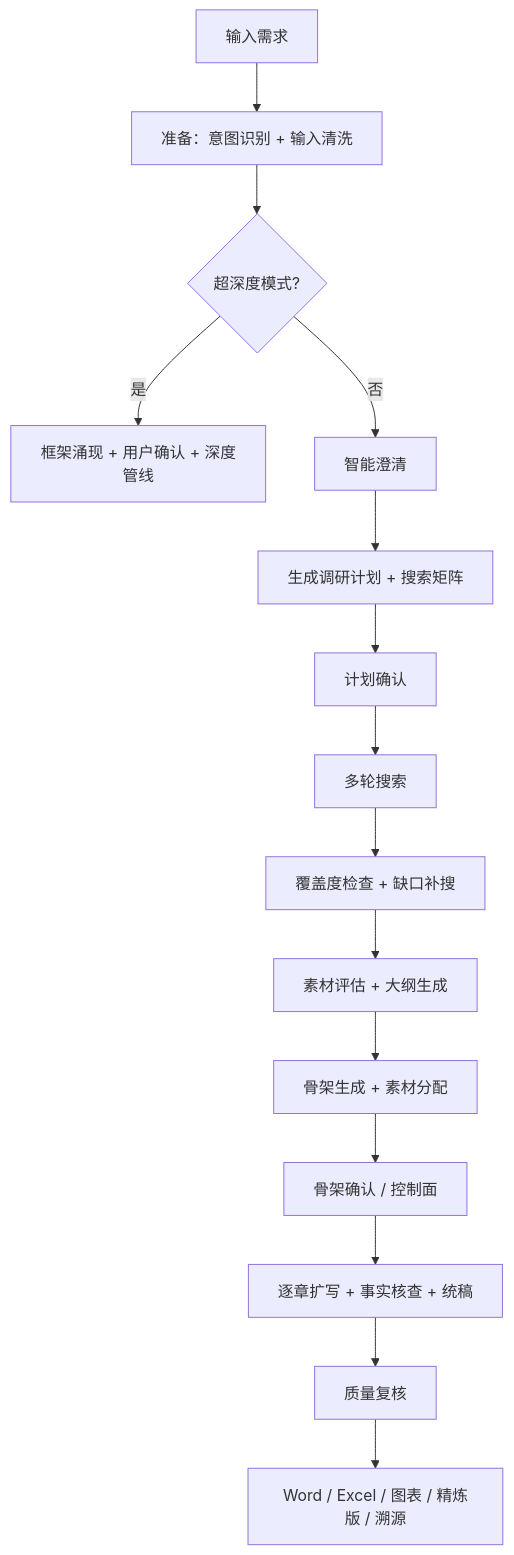
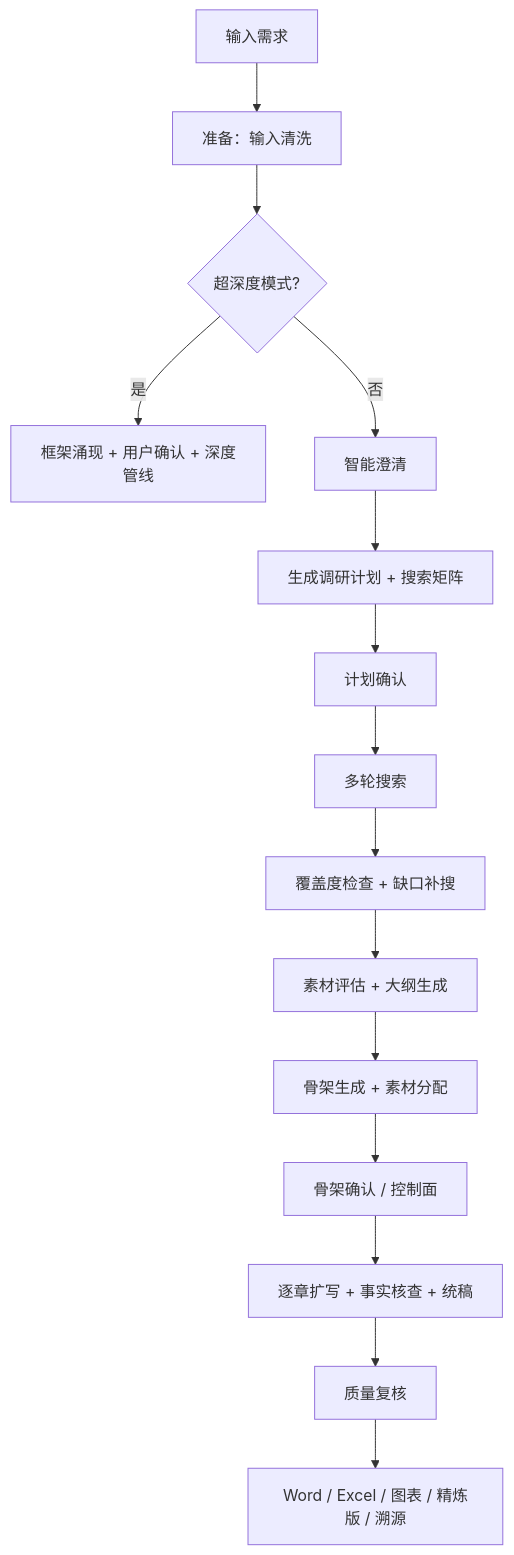
Before and after one commit to keaizuizui/AI-DesktopResearch: the diagram in README.md, drawn with Mermaid. The commit also changed other lines of this file and 67 other files, not shown here.

First line of the commit message:
chore: clean dead code, fix chart delivery, update docs

````diff
--- a/README.md
+++ b/README.md
@@ -230,17 +262,17 @@
 ```mermaid
 flowchart TD
-    A[输入需求] --> B[准备：意图识别 + 输入清洗]
+    A[输入需求] --> B[准备：输入清洗]
     B --> C{超深度模式?}
     C -- 是 --> D[框架涌现 + 用户确认 + 深度管线]
     C -- 否 --> E[智能澄清]
     E --> F[生成调研计划 + 搜索矩阵]
     F --> G[计划确认]
     G --> H[多轮搜索]
     H --> I[覆盖度检查 + 缺口补搜]
     I --> J[素材评估 + 大纲生成]
     J --> K[骨架生成 + 素材分配]
     K --> L[骨架确认 / 控制面]
     L --> M[逐章扩写 + 事实核查 + 统稿]
     M --> N[质量复核]
     N --> O[Word / Excel / 图表 / 精炼版 / 溯源]
 ```
````
